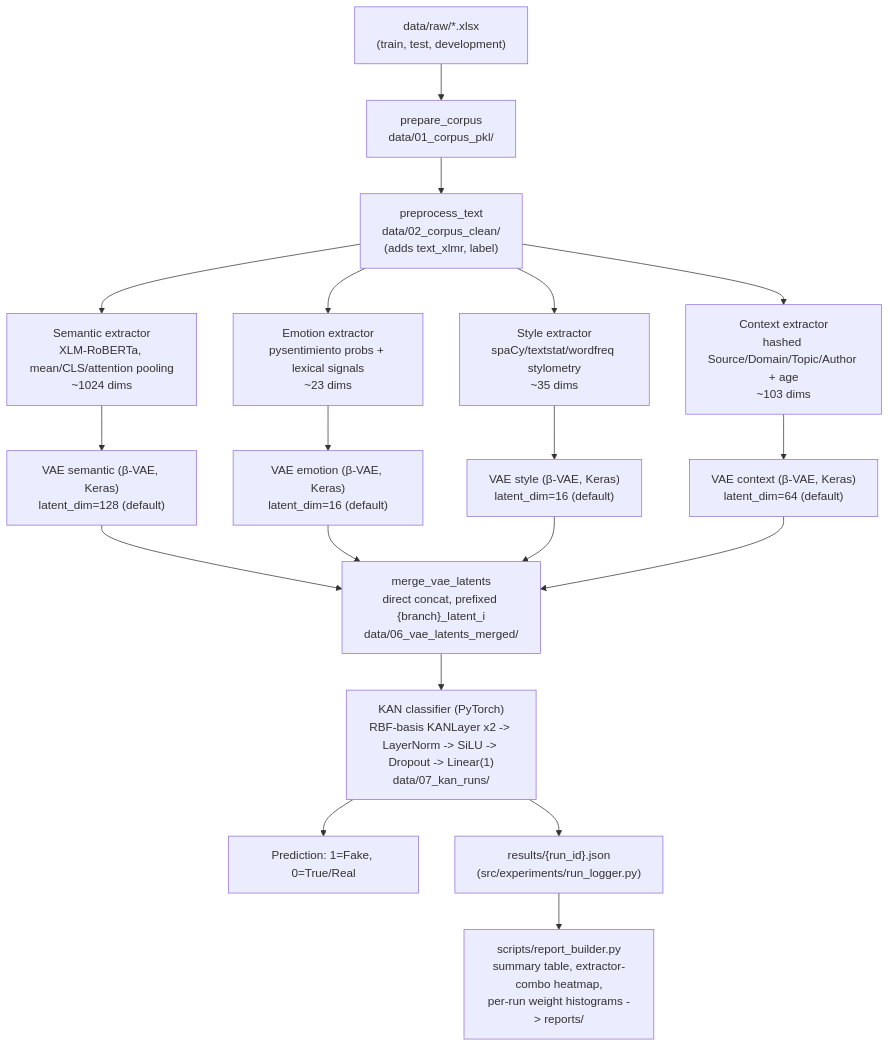
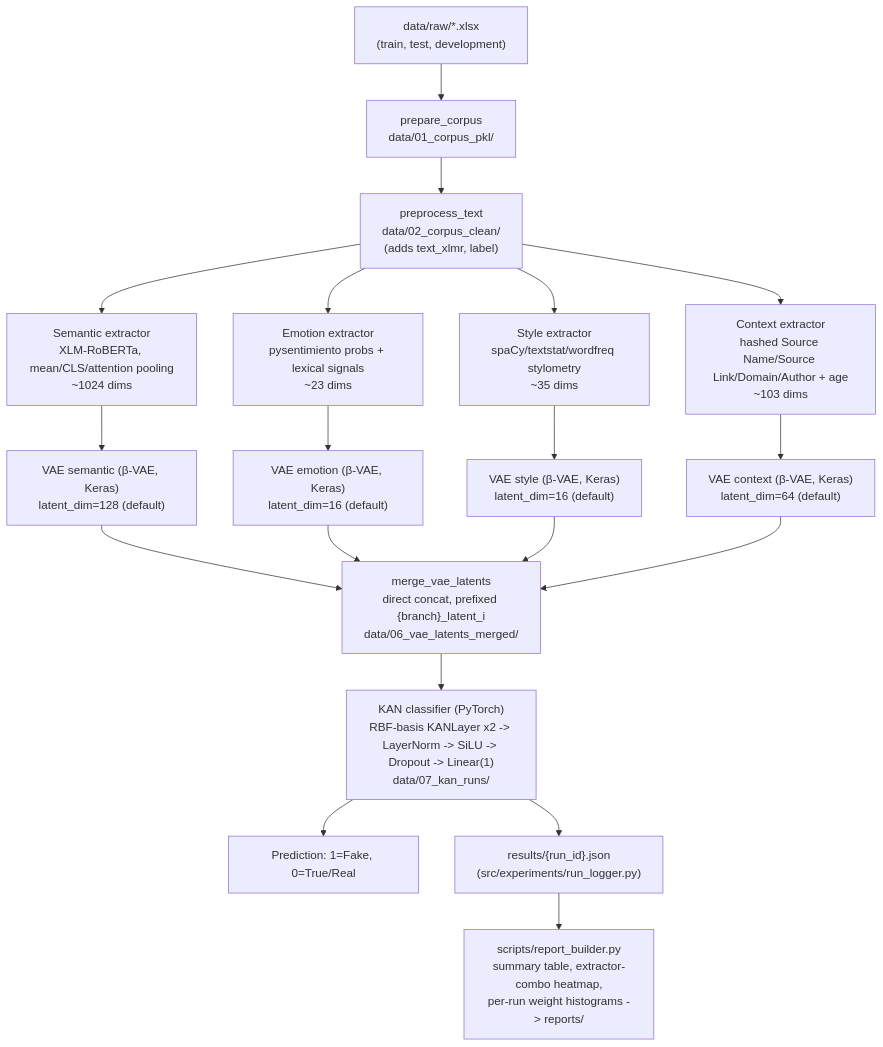
The diagram in docs/architecture.md (antonyayal/FakeNewsStyle), drawn with Mermaid before and after one commit. The commit also changed other lines of this file and 34 other files, not shown here.

````diff
--- a/docs/architecture.md
+++ b/docs/architecture.md
@@ -34,25 +34,25 @@
 ```mermaid
 flowchart TD
   A["data/raw/*.xlsx\n(train, test, development)"] --> B["prepare_corpus\ndata/01_corpus_pkl/"]
   B --> C["preprocess_text\ndata/02_corpus_clean/\n(adds text_xlmr, label)"]
 
   C --> D1["Semantic extractor\nXLM-RoBERTa, mean/CLS/attention pooling\n~1024 dims"]
   C --> D2["Emotion extractor\npysentimiento probs + lexical signals\n~23 dims"]
   C --> D3["Style extractor\nspaCy/textstat/wordfreq stylometry\n~35 dims"]
-  C --> D4["Context extractor\nhashed Source/Domain/Topic/Author + age\n~103 dims"]
+  C --> D4["Context extractor\nhashed Source Name/Source Link/Domain/Author + age\n~103 dims"]
 
   D1 --> E1["VAE semantic (β-VAE, Keras)\nlatent_dim=128 (default)"]
   D2 --> E2["VAE emotion (β-VAE, Keras)\nlatent_dim=16 (default)"]
   D3 --> E3["VAE style (β-VAE, Keras)\nlatent_dim=16 (default)"]
   D4 --> E4["VAE context (β-VAE, Keras)\nlatent_dim=64 (default)"]
 
   E1 --> F["merge_vae_latents\ndirect concat, prefixed {branch}_latent_i\ndata/06_vae_latents_merged/"]
   E2 --> F
   E3 --> F
   E4 --> F
 
   F --> G["KAN classifier (PyTorch)\nRBF-basis KANLayer x2 -> LayerNorm -> SiLU -> Dropout -> Linear(1)\ndata/07_kan_runs/"]
   G --> H["Prediction: 1=Fake, 0=True/Real"]
   G --> I["results/{run_id}.json\n(src/experiments/run_logger.py)"]
   I --> J["scripts/report_builder.py\nsummary table, extractor-combo heatmap,\nper-run weight histograms -> reports/"]
 ```
````
